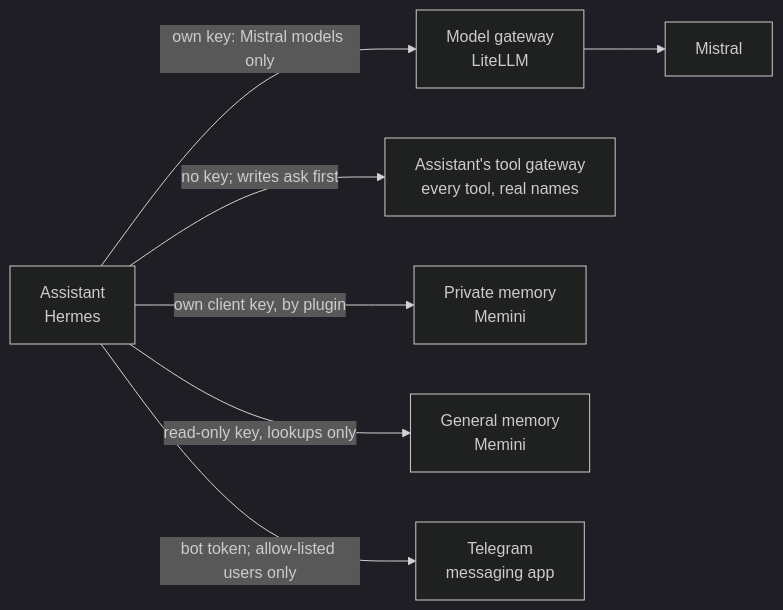
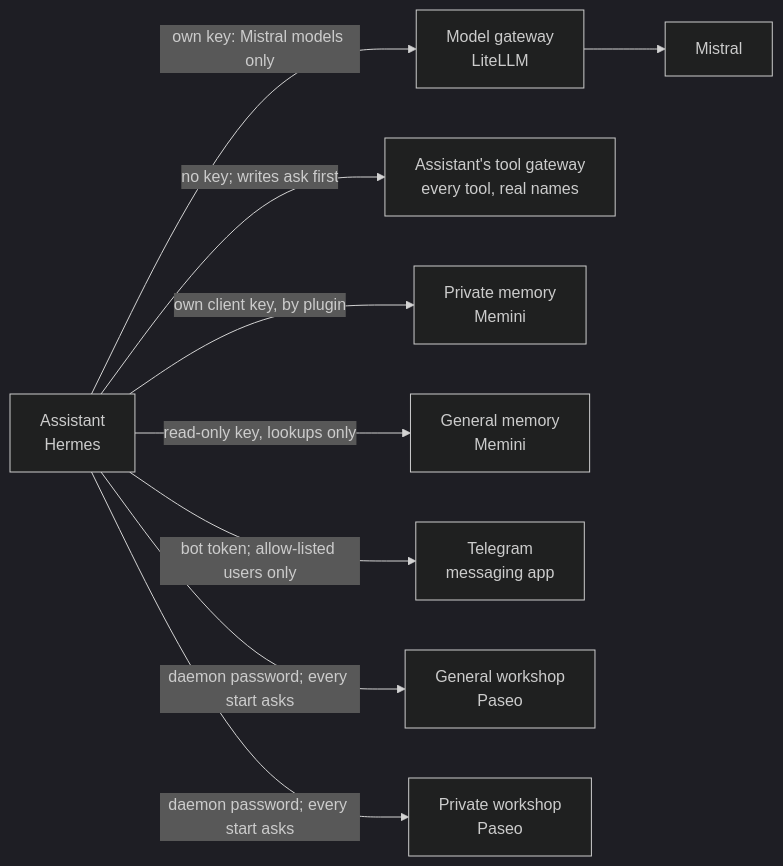
The first of 6 diagrams in kubernetes/apps/main/llm/docs/wiring.md (h-wb/home-ops), drawn with Mermaid (dark theme) before and after one commit. The commit also changed other lines of this file and 13 other files, not shown here.

````diff
--- a/kubernetes/apps/main/llm/docs/wiring.md
+++ b/kubernetes/apps/main/llm/docs/wiring.md
@@ -44,16 +44,20 @@
 ```mermaid
 flowchart LR
     A["Assistant<br/>Hermes"]:::private
     L["Model gateway<br/>LiteLLM"]:::shared
     MI["Mistral"]:::outside
     T["Assistant's tool gateway<br/>every tool, real names"]:::private
     M["Private memory<br/>Memini"]:::private
     G["General memory<br/>Memini"]:::general
     TG["Telegram<br/>messaging app"]:::outside
+    GW["General workshop<br/>Paseo"]:::general
+    PW["Private workshop<br/>Paseo"]:::private
     A -->|"own key: Mistral models only"| L
     L --> MI
     A -->|"no key; writes ask first"| T
     A -->|"own client key, by plugin"| M
     A -->|"read-only key, lookups only"| G
     A -->|"bot token; allow-listed users only"| TG
+    A -->|"daemon password; every start asks"| GW
+    A -->|"daemon password; every start asks"| PW
 ```
````
